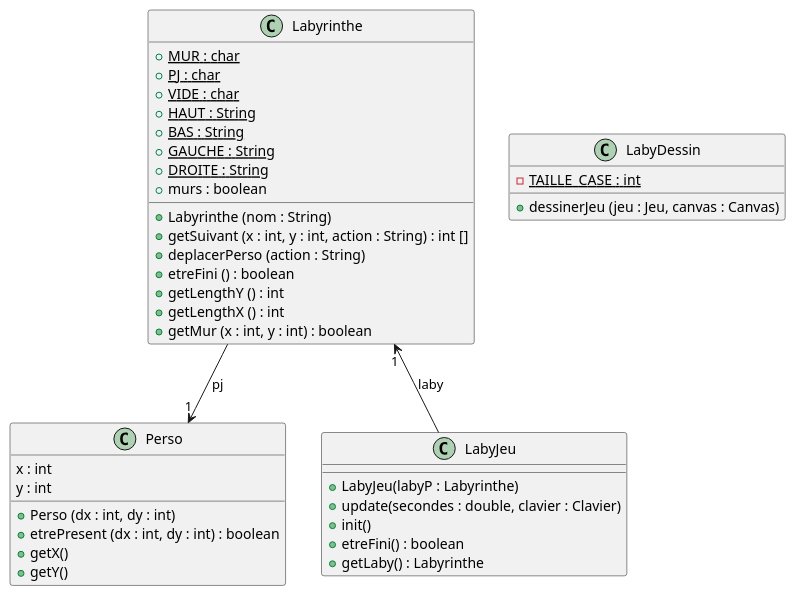
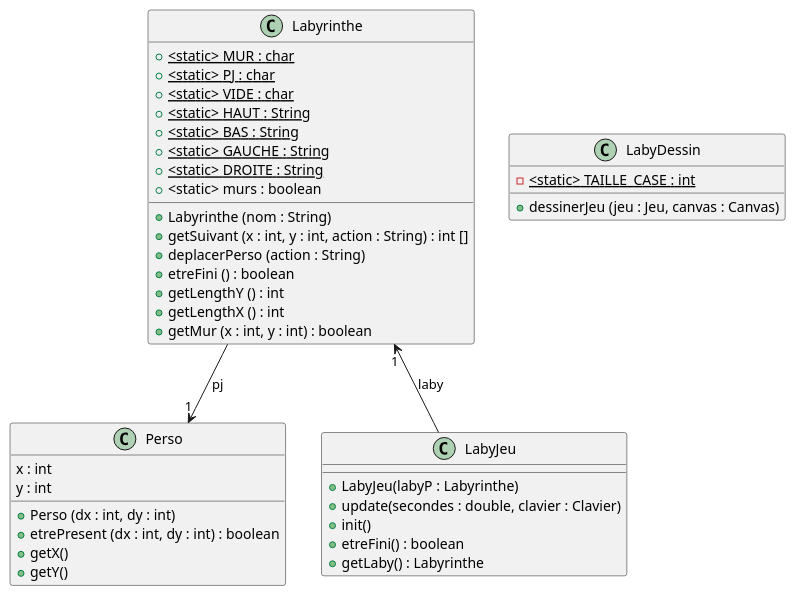
Before and after one commit to Hugo-COLLIN/BUT_INFO_S2_2022_Zeldiablo: the diagram in racine_depot/documents/version_1/diagClass_gameLaby.puml, drawn with PlantUML.

Commit message:
Ajout des statics

```diff
--- a/racine_depot/documents/version_1/diagClass_gameLaby.puml
+++ b/racine_depot/documents/version_1/diagClass_gameLaby.puml
@@ -1,48 +1,48 @@
 @startuml
 
 class Perso {
     x : int
     y : int
 
     + Perso (dx : int, dy : int)
     + etrePresent (dx : int, dy : int) : boolean
     + getX()
     + getY()
 }
 
 class Labyrinthe {
-    + MUR : char {static}
-    + PJ : char {static}
-    + VIDE : char {static}
-    + HAUT : String {static}
-    + BAS : String {static}
-    + GAUCHE : String {static}
-    + DROITE : String {static}
-    + murs : boolean
+    + <static> MUR : char {static}
+    + <static> PJ : char {static}
+    + <static> VIDE : char {static}
+    + <static> HAUT : String {static}
+    + <static> BAS : String {static}
+    + <static> GAUCHE : String {static}
+    + <static> DROITE : String {static}
+    + <static> murs : boolean
 
     + Labyrinthe (nom : String)
     + getSuivant (x : int, y : int, action : String) : int []
     + deplacerPerso (action : String)
     + etreFini () : boolean
     + getLengthY () : int
     + getLengthX () : int
     + getMur (x : int, y : int) : boolean
 }
 
 class LabyJeu {
     + LabyJeu(labyP : Labyrinthe)
     + update(secondes : double, clavier : Clavier)
     + init()
     + etreFini() : boolean
     + getLaby() : Labyrinthe
 }
 
 class LabyDessin {
-    - TAILLE_CASE : int {static}
+    - <static> TAILLE_CASE : int {static}
     + dessinerJeu (jeu : Jeu, canvas : Canvas)
 }
 
 Labyrinthe --> Perso : pj "1"
 Labyrinthe "1" <-- LabyJeu : laby
 
 @enduml
```
